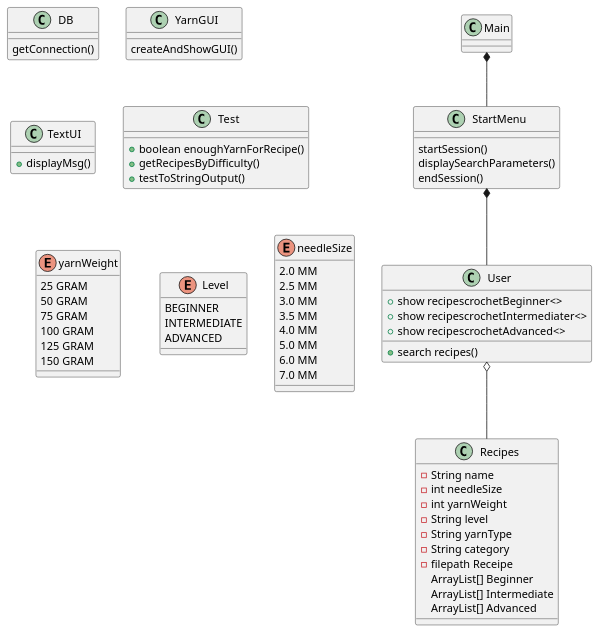
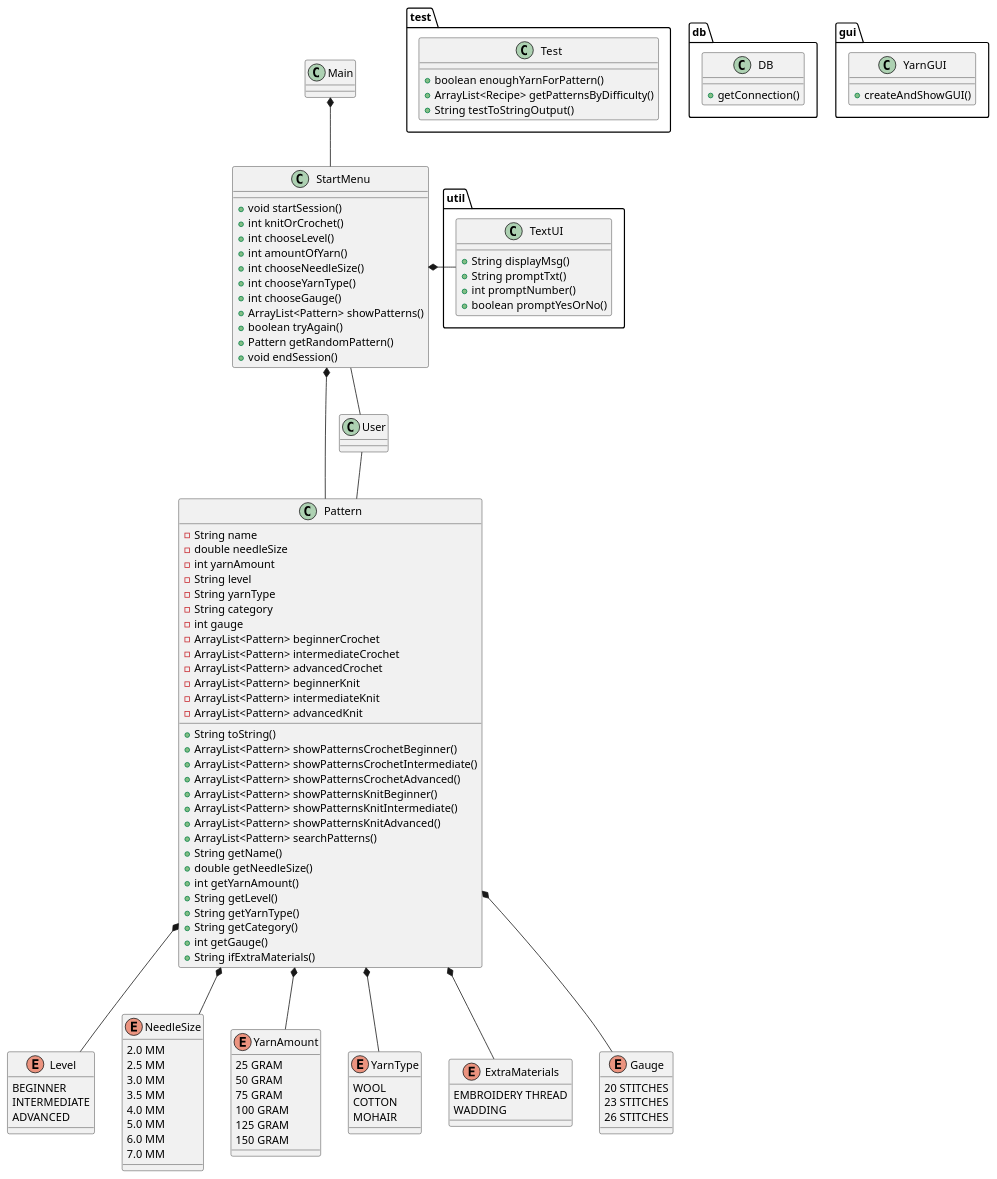
The diagram in uml/classDiagram.puml (KatarinaKN/ScrapYarn), drawn with PlantUML before and after one commit.

Commit message:
klassediagram opdateret

```diff
--- a/uml/classDiagram.puml
+++ b/uml/classDiagram.puml
@@ -1,91 +1,136 @@
 @startuml
 'https://plantuml.com/class-diagram
 
 class Main
 
 class StartMenu {
-startSession()
-displaySearchParameters()
-endSession()
++ void startSession()
++ int knitOrCrochet()
++ int chooseLevel()
++ int amountOfYarn()
++ int chooseNeedleSize()
++ int chooseYarnType()
++ int chooseGauge()
++ ArrayList<Pattern> showPatterns()
++ boolean tryAgain()
++ Pattern getRandomPattern()
++ void endSession()
 }
 
-class User {
-+show recipescrochetBeginner<>
-+show recipescrochetIntermediater<>
-+show recipescrochetAdvanced<>
-+search recipes()
-}
-
-class Recipes {
+class Pattern {
 - String name
-- int needleSize
-- int yarnWeight
+- double needleSize
+- int yarnAmount
 - String level
 - String yarnType
 - String category
-- filepath Receipe
-ArrayList[] Beginner
-ArrayList[] Intermediate
-ArrayList[] Advanced
+- int gauge
+- ArrayList<Pattern> beginnerCrochet
+- ArrayList<Pattern> intermediateCrochet
+- ArrayList<Pattern> advancedCrochet
+- ArrayList<Pattern> beginnerKnit
+- ArrayList<Pattern> intermediateKnit
+- ArrayList<Pattern> advancedKnit
++ String toString()
++ ArrayList<Pattern> showPatternsCrochetBeginner()
++ ArrayList<Pattern> showPatternsCrochetIntermediate()
++ ArrayList<Pattern> showPatternsCrochetAdvanced()
++ ArrayList<Pattern> showPatternsKnitBeginner()
++ ArrayList<Pattern> showPatternsKnitIntermediate()
++ ArrayList<Pattern> showPatternsKnitAdvanced()
++ ArrayList<Pattern> searchPatterns()
++ String getName()
++ double getNeedleSize()
++ int getYarnAmount()
++ String getLevel()
++ String getYarnType()
++ String getCategory()
++ int getGauge()
++ String ifExtraMaterials()
 }
 
-class Test{
-+ boolean enoughYarnForRecipe()
-+ getRecipesByDifficulty()
-+ testToStringOutput()
+package test {
+class Test {
++ boolean enoughYarnForPattern()
++ ArrayList<Recipe> getPatternsByDifficulty()
++ String testToStringOutput()
+}
 }
 
+package util {
 class TextUI {
-+displayMsg()
++ String displayMsg()
++ String promptTxt()
++ int promptNumber()
++ boolean promptYesOrNo()
+}
 }
 
+package db {
 class DB {
-getConnection()
++ getConnection()
+}
 }
 
+package gui {
 class YarnGUI {
-createAndShowGUI()
++ createAndShowGUI()
+}
 }
 
-User o-- Recipes
-Main *--StartMenu
-StartMenu *-- User
-
-Level -right[hidden]->needleSize
-yarnWeight -right[hidden]->needleSize
-Test -[hidden]d-> Level
-TextUI -[hidden]d-> yarnWeight
-TextUI -[hidden]u-> DB
-DB -[hidden]r-> YarnGUI
-
-
+Main *-- StartMenu
+StartMenu -- User
+User -- Pattern
+StartMenu *-- Pattern
+Pattern *-- Level
+Pattern *-- NeedleSize
+Pattern *-- YarnAmount
+Pattern *-- YarnType
+Pattern *-- ExtraMaterials
+Pattern *-- Gauge
+StartMenu *- TextUI
 
 enum Level {
 BEGINNER
 INTERMEDIATE
 ADVANCED
 }
 
-enum needleSize {
+enum NeedleSize {
 2.0 MM
 2.5 MM
 3.0 MM
 3.5 MM
 4.0 MM
 5.0 MM
 6.0 MM
 7.0 MM
 }
 
-enum yarnWeight {
+enum YarnAmount {
 25 GRAM
 50 GRAM
 75 GRAM
 100 GRAM
 125 GRAM
 150 GRAM
+}
 
+enum YarnType {
+WOOL
+COTTON
+MOHAIR
+}
 
+enum ExtraMaterials {
+EMBROIDERY THREAD
+WADDING
+}
+
+enum Gauge {
+20 STITCHES
+23 STITCHES
+26 STITCHES
 }
 
 @enduml
```
